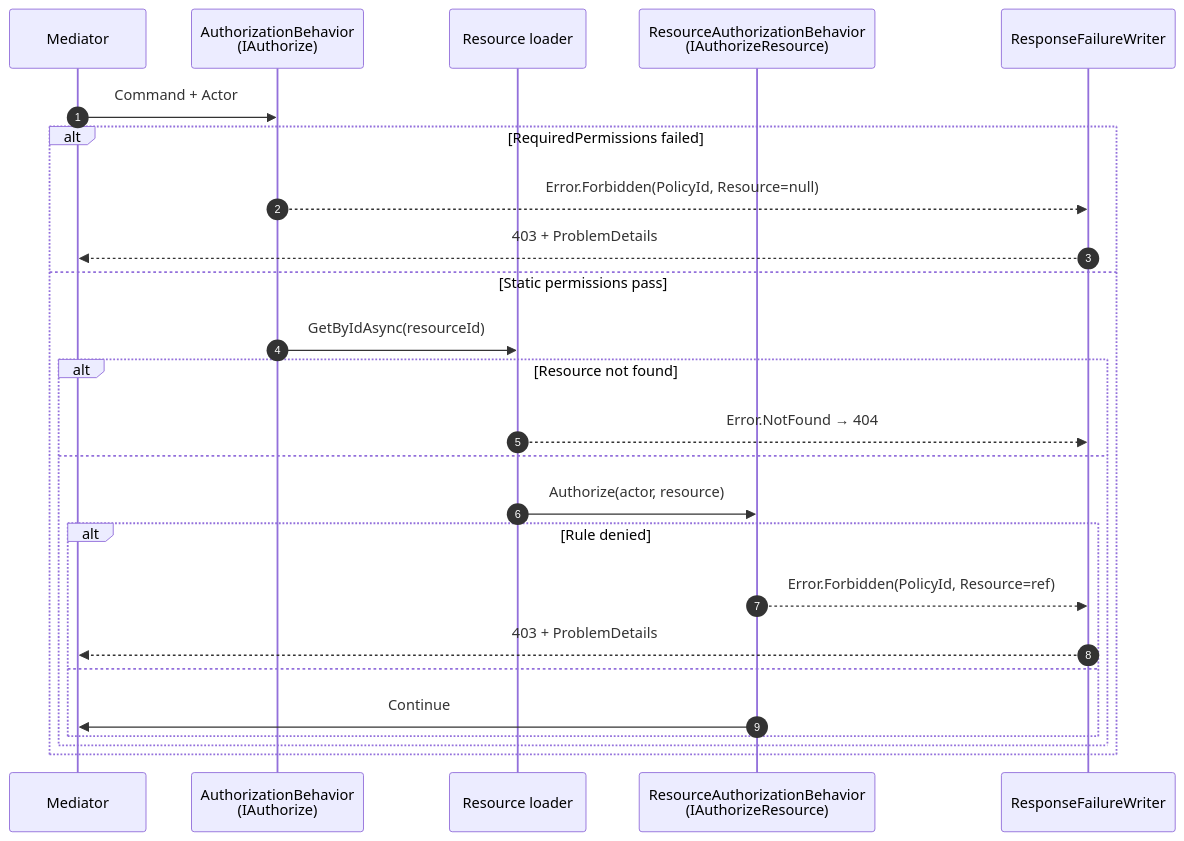
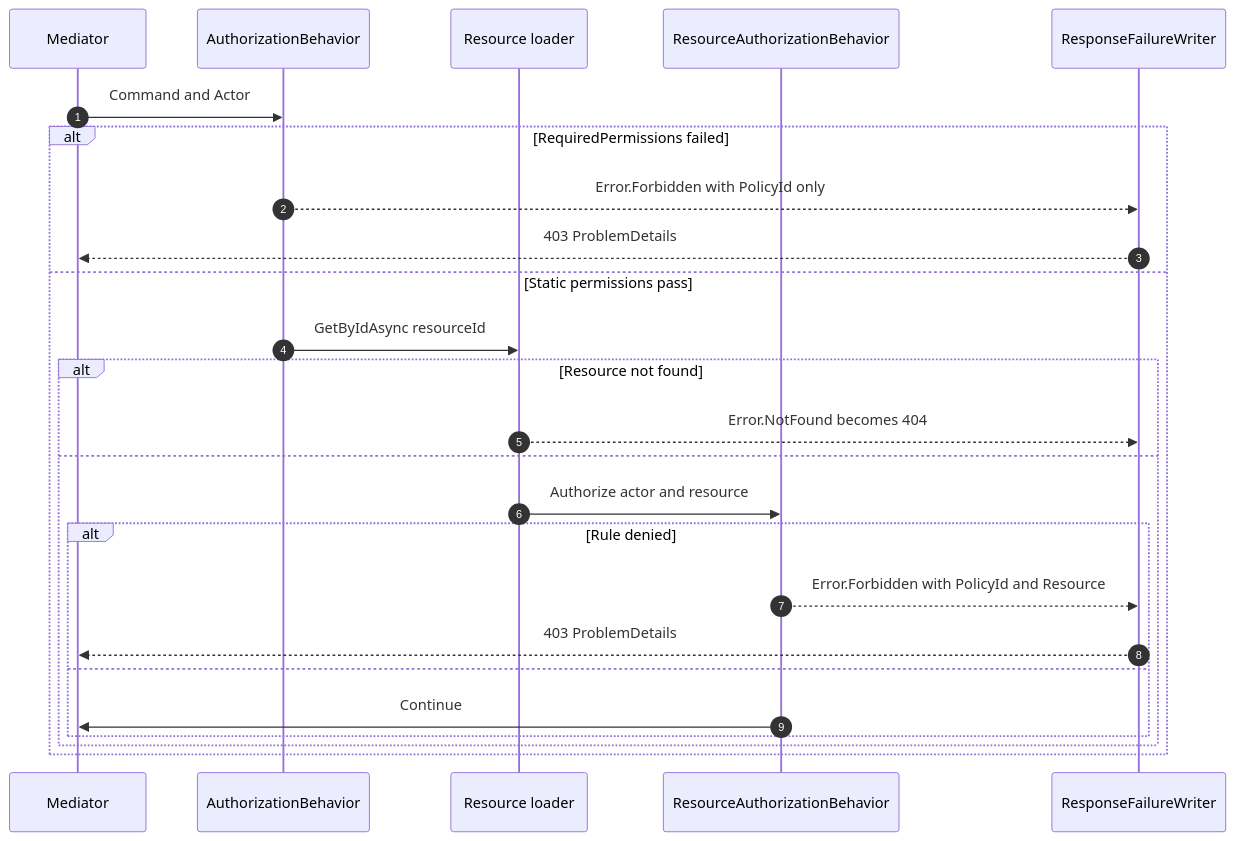
Before and after one commit to xavierjohn/FunctionalDDD: the fourth of 7 diagrams in docs/docfx_project/articles/integration-asp-authorization.md, drawn with Mermaid. The commit also changed other lines of this file, not shown here.

First line of the commit message:
Fix Mermaid diagram rendering: conservative syntax compatible with docfx's bundled renderer

````diff
--- a/docs/docfx_project/articles/integration-asp-authorization.md
+++ b/docs/docfx_project/articles/integration-asp-authorization.md
@@ -124,28 +125,28 @@
 ```mermaid
 sequenceDiagram
     autonumber
     participant Mediator
-    participant Auth as AuthorizationBehavior<br/>(IAuthorize)
+    participant Auth as AuthorizationBehavior
     participant Loader as Resource loader
-    participant ResAuth as ResourceAuthorizationBehavior<br/>(IAuthorizeResource)
+    participant ResAuth as ResourceAuthorizationBehavior
     participant Writer as ResponseFailureWriter
 
-    Mediator->>Auth: Command + Actor
+    Mediator->>Auth: Command and Actor
     alt RequiredPermissions failed
-        Auth-->>Writer: Error.Forbidden(PolicyId, Resource=null)
-        Writer-->>Mediator: 403 + ProblemDetails
+        Auth-->>Writer: Error.Forbidden with PolicyId only
+        Writer-->>Mediator: 403 ProblemDetails
     else Static permissions pass
-        Auth->>Loader: GetByIdAsync(resourceId)
+        Auth->>Loader: GetByIdAsync resourceId
         alt Resource not found
-            Loader-->>Writer: Error.NotFound → 404
+            Loader-->>Writer: Error.NotFound becomes 404
         else
-            Loader->>ResAuth: Authorize(actor, resource)
+            Loader->>ResAuth: Authorize actor and resource
             alt Rule denied
-                ResAuth-->>Writer: Error.Forbidden(PolicyId, Resource=ref)
-                Writer-->>Mediator: 403 + ProblemDetails
+                ResAuth-->>Writer: Error.Forbidden with PolicyId and Resource
+                Writer-->>Mediator: 403 ProblemDetails
             else
                 ResAuth->>Mediator: Continue
             end
         end
     end
 ```
````
